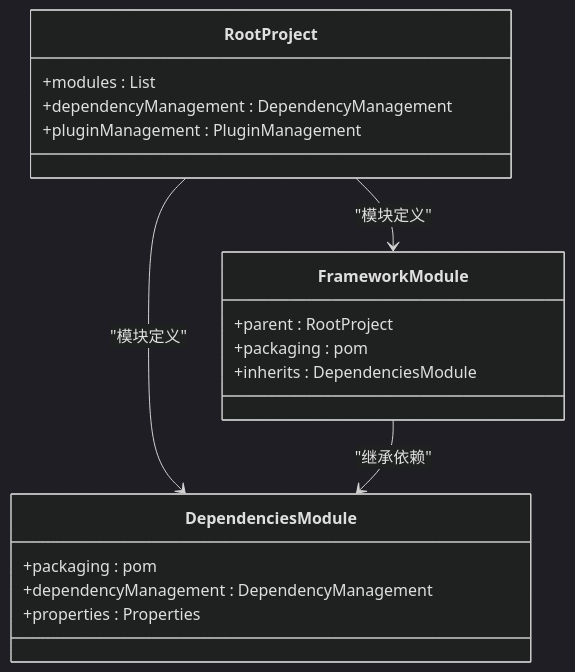
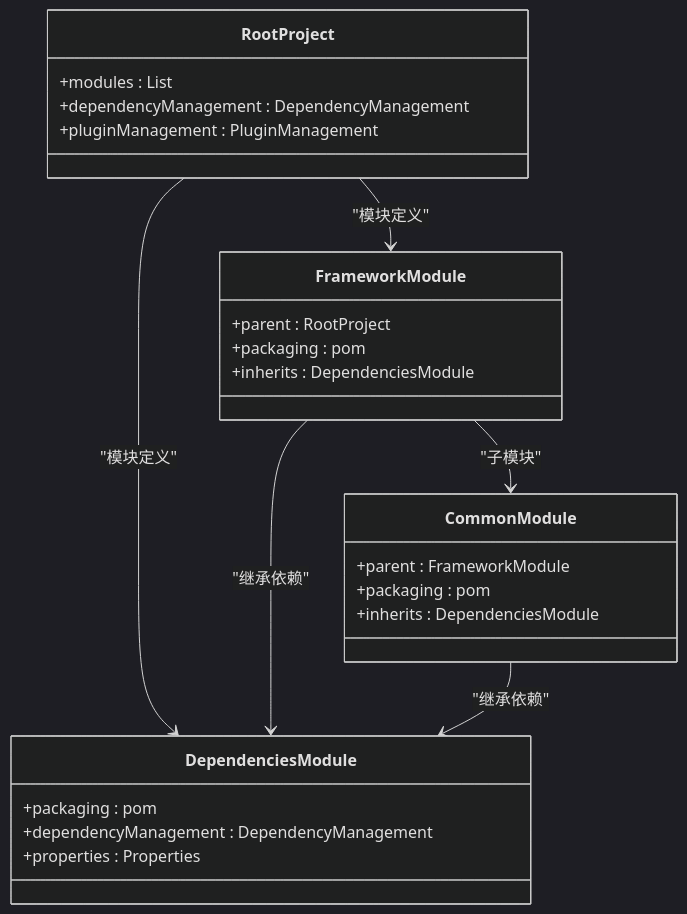
The sixth of 8 diagrams in .qoder/repowiki/zh/content/架构设计/依赖管理架构.md (guanglei93/pandora-cloud), drawn with Mermaid (dark theme) before and after one commit. The commit also changed other lines of this file and 5 other files, not shown here.

````diff
--- a/.qoder/repowiki/zh/content/架构设计/依赖管理架构.md
+++ b/.qoder/repowiki/zh/content/架构设计/依赖管理架构.md
@@ -257,21 +303,28 @@
 ```mermaid
 classDiagram
 class RootProject {
 +modules : List
 +dependencyManagement : DependencyManagement
 +pluginManagement : PluginManagement
 }
 class DependenciesModule {
 +packaging : pom
 +dependencyManagement : DependencyManagement
 +properties : Properties
 }
 class FrameworkModule {
 +parent : RootProject
 +packaging : pom
 +inherits : DependenciesModule
 }
+class CommonModule {
++parent : FrameworkModule
++packaging : pom
++inherits : DependenciesModule
+}
 RootProject --> DependenciesModule : "模块定义"
 RootProject --> FrameworkModule : "模块定义"
+FrameworkModule --> CommonModule : "子模块"
 FrameworkModule --> DependenciesModule : "继承依赖"
+CommonModule --> DependenciesModule : "继承依赖"
 ```
````
